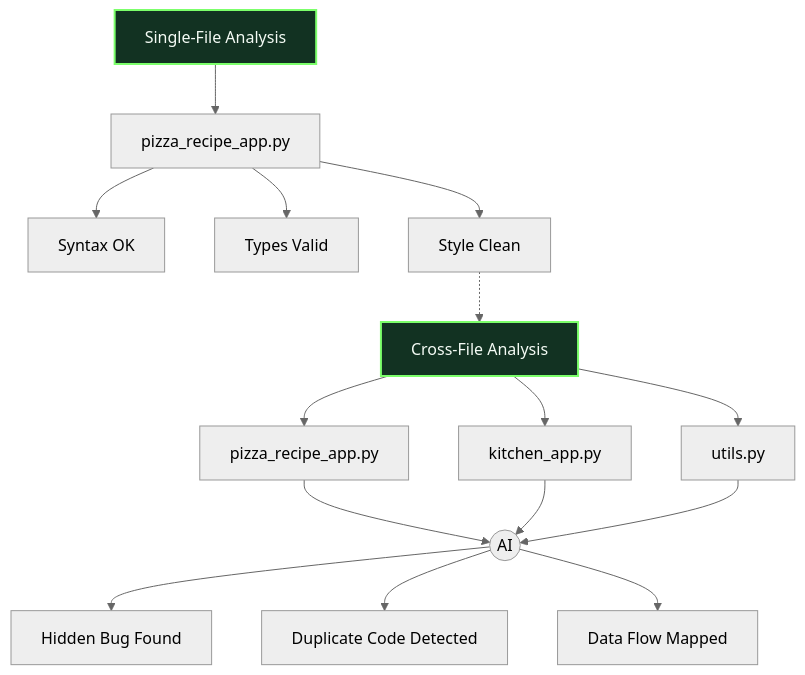
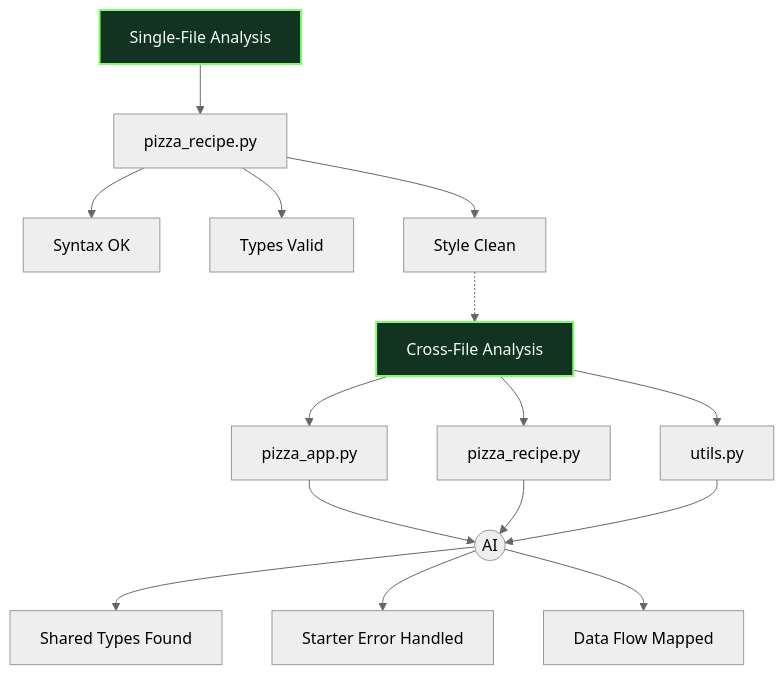
One commit to breconno/cowabunga changed the first of 5 diagrams in 02-context-conversations/README.md. Above: the diagram before and after it, drawn with Mermaid (neutral theme). The commit also changed other lines of this file and 7 other files, not shown here.

Commit message:
chore: update README and demo files for pizza recipe project context and flow clarity

````diff
--- a/02-context-conversations/README.md
+++ b/02-context-conversations/README.md
@@ -149,24 +159,24 @@
 ```mermaid
 flowchart TB
     T1[Single-File Analysis]:::title
     T2[Cross-File Analysis]:::title
 
-    T1 --> S1[pizza_recipe_app.py]
+    T1 --> S1[pizza_recipe.py]
     S1 --> SC1[Syntax OK]
     S1 --> SC2[Types Valid]
     S1 --> SC3[Style Clean]
 
     SC3 -.-> T2
 
-    T2 --> F1[pizza_recipe_app.py]
-    T2 --> F2[kitchen_app.py]
+    T2 --> F1[pizza_app.py]
+    T2 --> F2[pizza_recipe.py]
     T2 --> F3[utils.py]
     F1 --> AI((AI))
     F2 --> AI
     F3 --> AI
-    AI --> R1[Hidden Bug Found]
-    AI --> R2[Duplicate Code Detected]
+    AI --> R1[Shared Types Found]
+    AI --> R2[Starter Error Handled]
     AI --> R3[Data Flow Mapped]
 
     classDef title fill:#123222,color:#f4fbf5,stroke:#7cff6b,stroke-width:2px
 ```
````
